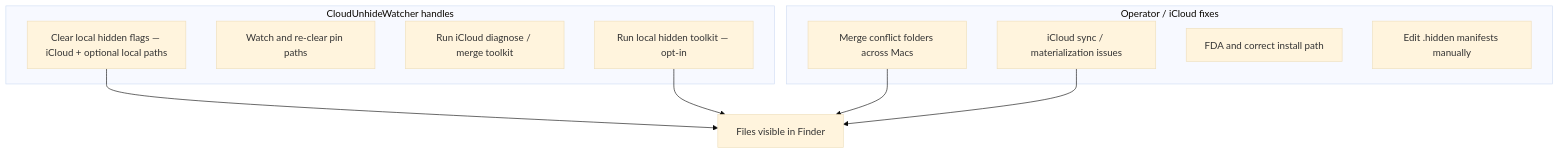
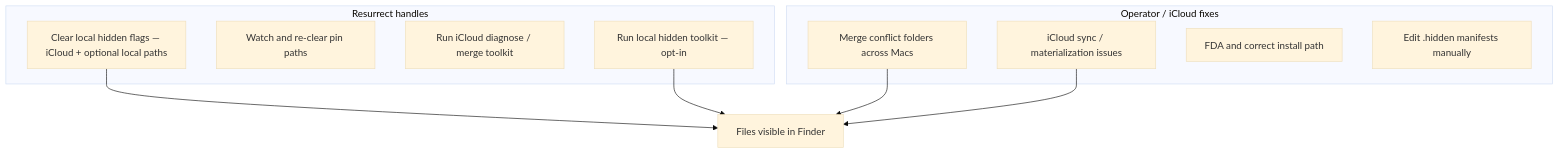
The seventh of 10 diagrams in docs/process-flows.md (roto31/Resurrect), drawn with Mermaid (base theme) before and after one commit. The commit also changed other lines of this file and 25 other files, not shown here.

````diff
--- a/docs/process-flows.md
+++ b/docs/process-flows.md
@@ -132,19 +132,19 @@
 ```mermaid
 flowchart TB
-  subgraph app [CloudUnhideWatcher handles]
+  subgraph app [Resurrect handles]
     H[Clear local hidden flags — iCloud + optional local paths]
     W[Watch and re-clear pin paths]
     T[Run iCloud diagnose / merge toolkit]
     L[Run local hidden toolkit — opt-in]
   end
   subgraph user [Operator / iCloud fixes]
     M[Merge conflict folders across Macs]
     I[iCloud sync / materialization issues]
     F[FDA and correct install path]
     LH[Edit .hidden manifests manually]
   end
   H --> Visible[Files visible in Finder]
   L --> Visible
   M --> Visible
   I --> Visible
 ```
````
